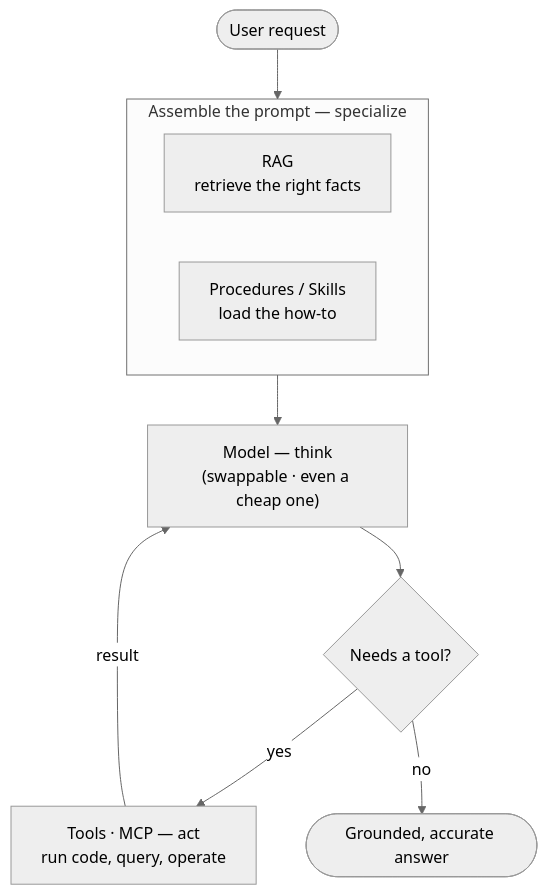
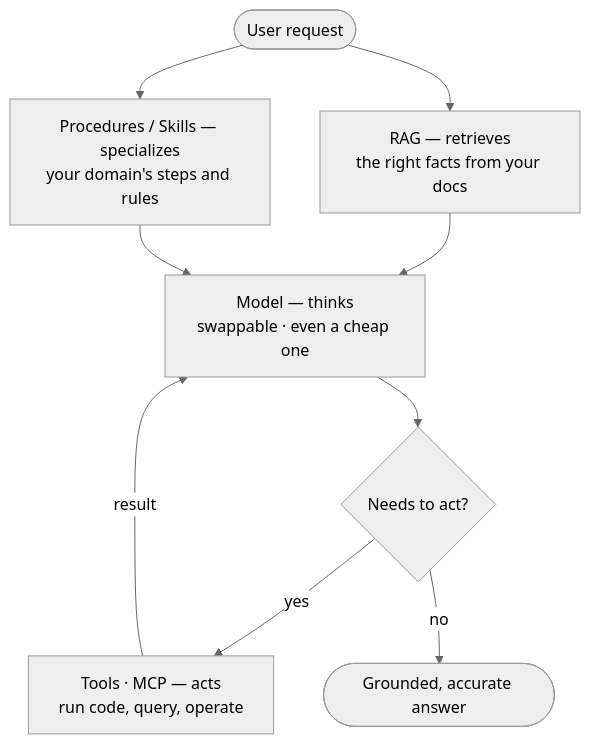
The diagram in README.md (nhatvu148/llm-harness-starter), drawn with Mermaid (neutral theme) before and after one commit. The commit also changed other lines of this file, not shown here.

Commit message:
docs: redraw README diagram as four distinct seams

````diff
--- a/README.md
+++ b/README.md
@@ -42,16 +22,17 @@
 ```mermaid
 flowchart TB
-    Q([User request]) --> CTX
+    Q([User request]) --> RAG
+    Q --> PROC
 
-    subgraph CTX["Assemble the prompt — specialize"]
-        direction LR
-        RAG["RAG<br/>retrieve the right facts"]
-        PROC["Procedures / Skills<br/>load the how-to"]
-    end
+    RAG["RAG — retrieves<br/>the right facts from your docs"]
+    PROC["Procedures / Skills — specializes<br/>your domain's steps and rules"]
 
-    CTX --> M["Model — think<br/>(swappable · even a cheap one)"]
-    M --> D{"Needs a tool?"}
-    D -->|yes| T["Tools · MCP — act<br/>run code, query, operate"]
+    RAG --> M
+    PROC --> M
+
+    M["Model — thinks<br/>swappable · even a cheap one"]
+    M --> D{"Needs to act?"}
+    D -->|yes| T["Tools · MCP — acts<br/>run code, query, operate"]
     T -->|result| M
     D -->|no| A([Grounded, accurate answer])
 ```
````
